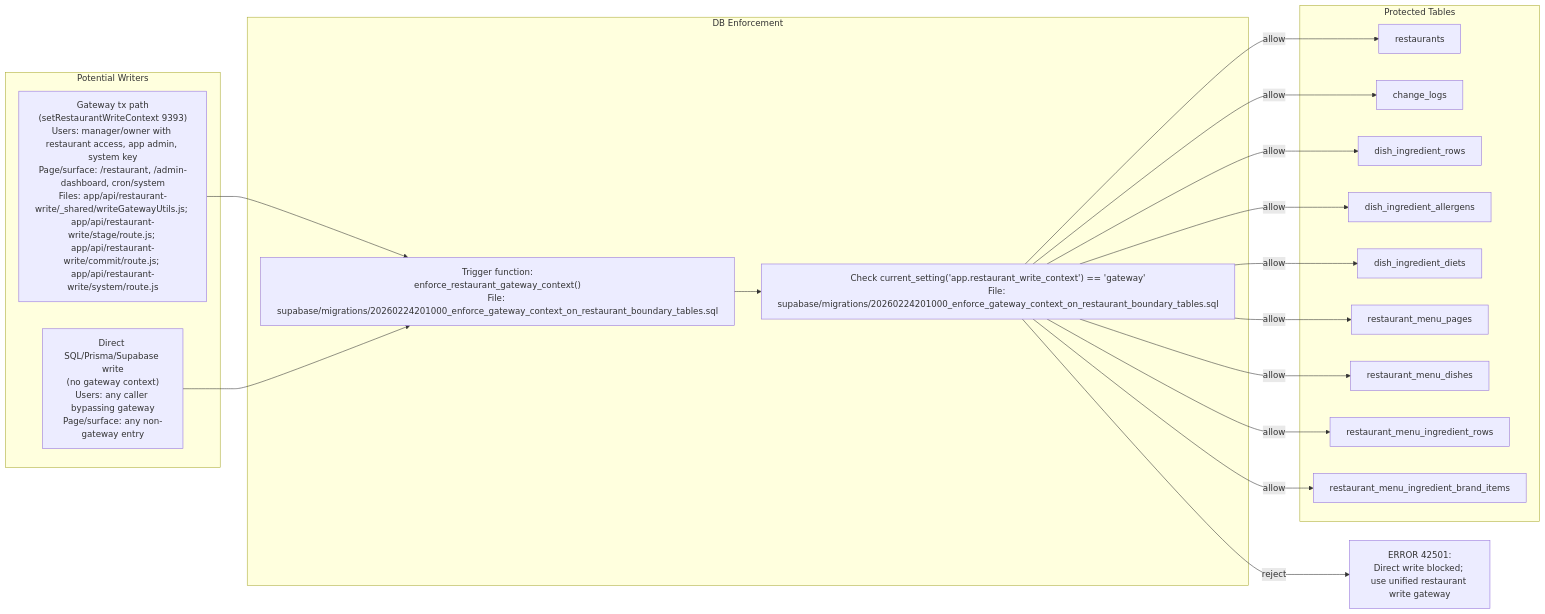
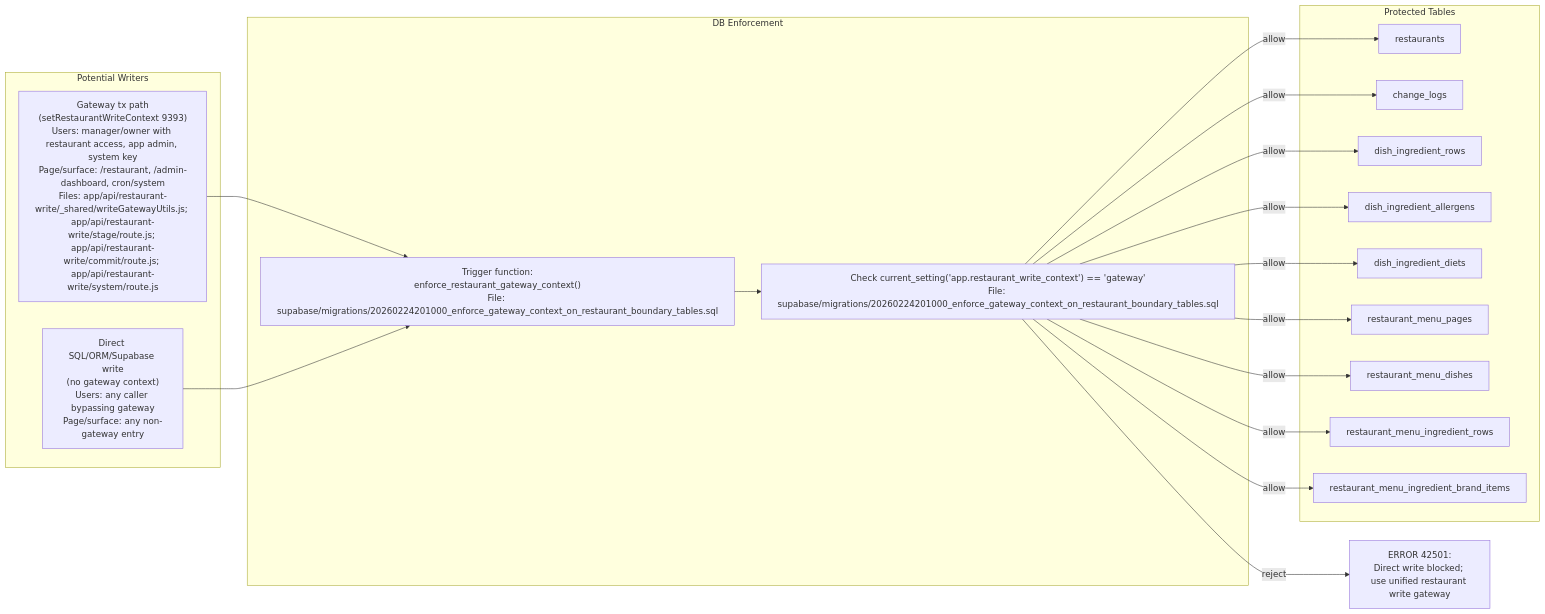
One commit to 8r4qrb7kh2-lgtm/clarivore changed the diagram in docs/data-storage-flows/src/05-boundary-enforcement-flow.mmd. Above: the diagram before and after it, drawn with Mermaid. The commit also changed 27 other files, not shown here.

```diff
--- a/docs/data-storage-flows/src/05-boundary-enforcement-flow.mmd
+++ b/docs/data-storage-flows/src/05-boundary-enforcement-flow.mmd
@@ -1,35 +1,35 @@
 flowchart LR
   subgraph WRITERS["Potential Writers"]
     W1["Gateway tx path<br/>(setRestaurantWriteContext 9393)<br/>Users: manager/owner with restaurant access, app admin, system key<br/>Page/surface: /restaurant, /admin-dashboard, cron/system<br/>Files: app/api/restaurant-write/_shared/writeGatewayUtils.js; app/api/restaurant-write/stage/route.js; app/api/restaurant-write/commit/route.js; app/api/restaurant-write/system/route.js"]
-    W2["Direct SQL/Prisma/Supabase write<br/>(no gateway context)<br/>Users: any caller bypassing gateway<br/>Page/surface: any non-gateway entry"]
+    W2["Direct SQL/ORM/Supabase write<br/>(no gateway context)<br/>Users: any caller bypassing gateway<br/>Page/surface: any non-gateway entry"]
   end
 
   subgraph ENFORCER["DB Enforcement"]
     E1["Trigger function:<br/>enforce_restaurant_gateway_context()<br/>File: supabase/migrations/20260224201000_enforce_gateway_context_on_restaurant_boundary_tables.sql"]
     E2["Check current_setting('app.restaurant_write_context') == 'gateway'<br/>File: supabase/migrations/20260224201000_enforce_gateway_context_on_restaurant_boundary_tables.sql"]
   end
 
   subgraph BOUNDARY["Protected Tables"]
     B1["restaurants"]
     B2["change_logs"]
     B3["dish_ingredient_rows"]
     B4["dish_ingredient_allergens"]
     B5["dish_ingredient_diets"]
     B6["restaurant_menu_pages"]
     B7["restaurant_menu_dishes"]
     B8["restaurant_menu_ingredient_rows"]
     B9["restaurant_menu_ingredient_brand_items"]
   end
 
   W1 --> E1 --> E2 -->|allow| B1
   E2 -->|allow| B2
   E2 -->|allow| B3
   E2 -->|allow| B4
   E2 -->|allow| B5
   E2 -->|allow| B6
   E2 -->|allow| B7
   E2 -->|allow| B8
   E2 -->|allow| B9
 
   W2 --> E1
   E2 -->|reject| ERR["ERROR 42501:<br/>Direct write blocked; use unified restaurant write gateway"]
```
